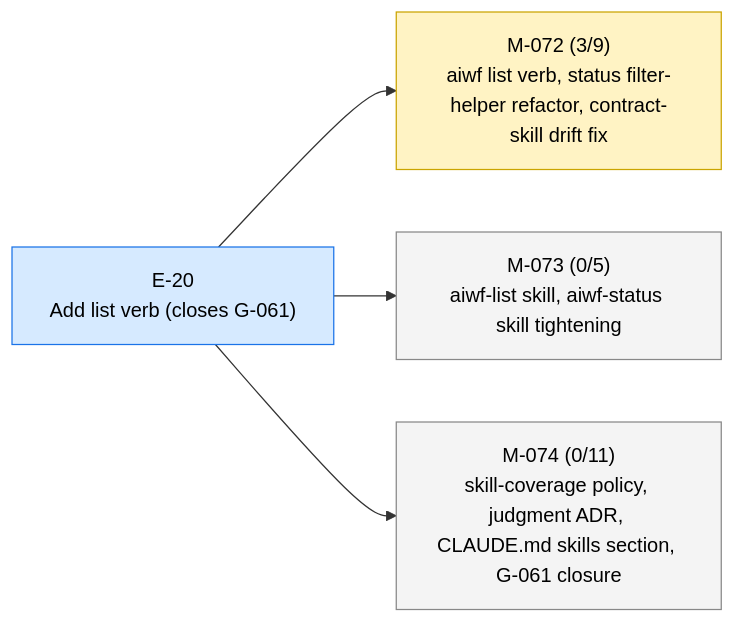
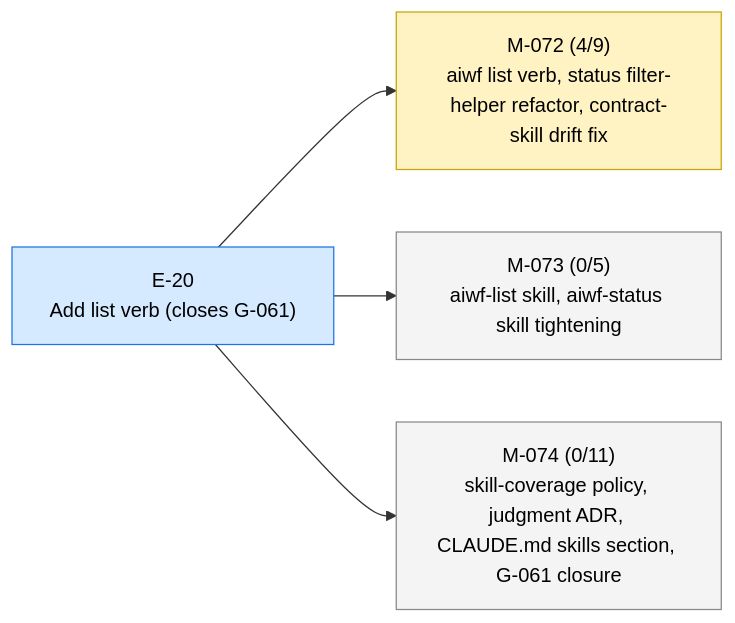
The first of 2 diagrams in STATUS.md (23min/aiwf), drawn with Mermaid before and after one commit. The commit also changed other lines of this file and 1 other file, not shown here.

First line of the commit message:
aiwf promote M-072/AC-2 open -> met

````diff
--- a/STATUS.md
+++ b/STATUS.md
@@ -13,16 +13,16 @@
 ```mermaid
 flowchart LR
   E_20["E-20<br/>Add list verb (closes G-061)"]:::epic_active
-  M_072["M-072 (3/9)<br/>aiwf list verb, status filter-helper refactor, contract-skill drift fix"]:::ms_in_progress
+  M_072["M-072 (4/9)<br/>aiwf list verb, status filter-helper refactor, contract-skill drift fix"]:::ms_in_progress
   E_20 --> M_072
   M_073["M-073 (0/5)<br/>aiwf-list skill, aiwf-status skill tightening"]:::ms_draft
   E_20 --> M_073
   M_074["M-074 (0/11)<br/>skill-coverage policy, judgment ADR, CLAUDE.md skills section, G-061 closure"]:::ms_draft
   E_20 --> M_074
   classDef epic_active fill:#d6eaff,stroke:#1a73e8,color:#000
   classDef epic_proposed fill:#f4f4f4,stroke:#888,color:#000
   classDef ms_done fill:#d8f5d8,stroke:#2a8a2a,color:#000
   classDef ms_in_progress fill:#fff3c4,stroke:#caa400,color:#000
   classDef ms_draft fill:#f4f4f4,stroke:#888,color:#000
   classDef ms_cancelled fill:#fbeaea,stroke:#c33,color:#000
 ```
````
